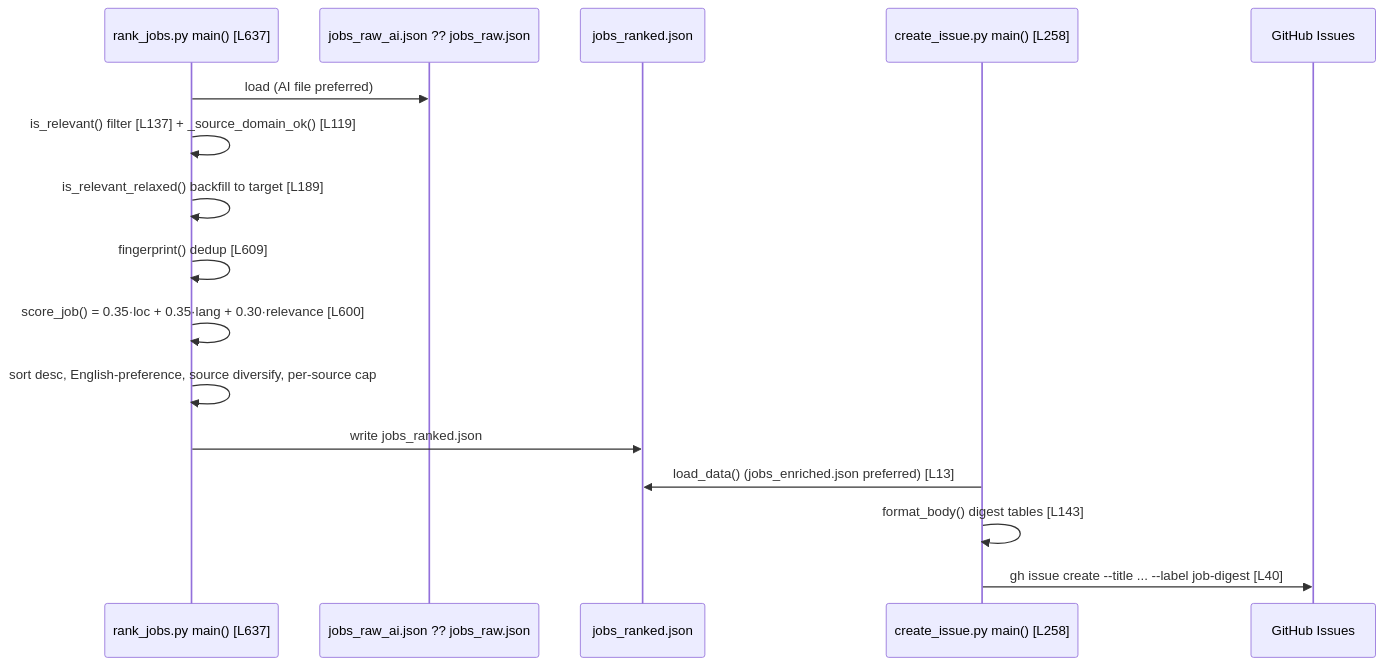
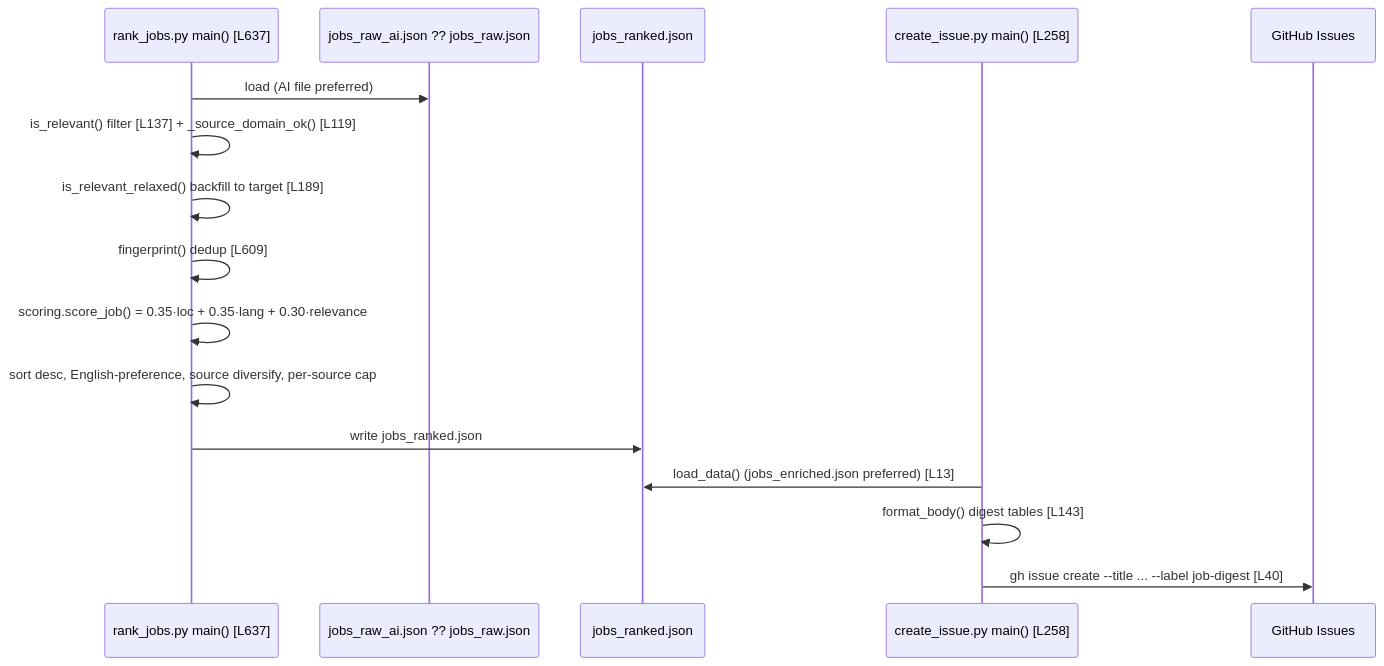
The second of 3 diagrams in docs/data-flows.md (EnnioTorre/dach-exec-job-alerts), drawn with Mermaid before and after one commit. The commit also changed other lines of this file and 1 other file, not shown here.

Commit message:
docs: repoint scorer to scoring.py and reflect geolocation/fail-loud in building-blocks and data-flows

````diff
--- a/docs/data-flows.md
+++ b/docs/data-flows.md
@@ -39,19 +39,19 @@
 ```mermaid
 sequenceDiagram
     participant R as rank_jobs.py main() [L637]
     participant IN as jobs_raw_ai.json ?? jobs_raw.json
     participant OUT as jobs_ranked.json
     participant CI as create_issue.py main() [L258]
     participant GH as GitHub Issues
 
     R->>IN: load (AI file preferred)
     R->>R: is_relevant() filter [L137] + _source_domain_ok() [L119]
     R->>R: is_relevant_relaxed() backfill to target [L189]
     R->>R: fingerprint() dedup [L609]
-    R->>R: score_job() = 0.35·loc + 0.35·lang + 0.30·relevance [L600]
+    R->>R: scoring.score_job() = 0.35·loc + 0.35·lang + 0.30·relevance
     R->>R: sort desc, English-preference, source diversify, per-source cap
     R->>OUT: write jobs_ranked.json
     CI->>OUT: load_data() (jobs_enriched.json preferred) [L13]
     CI->>CI: format_body() digest tables [L143]
     CI->>GH: gh issue create --title ... --label job-digest [L40]
 ```
````
